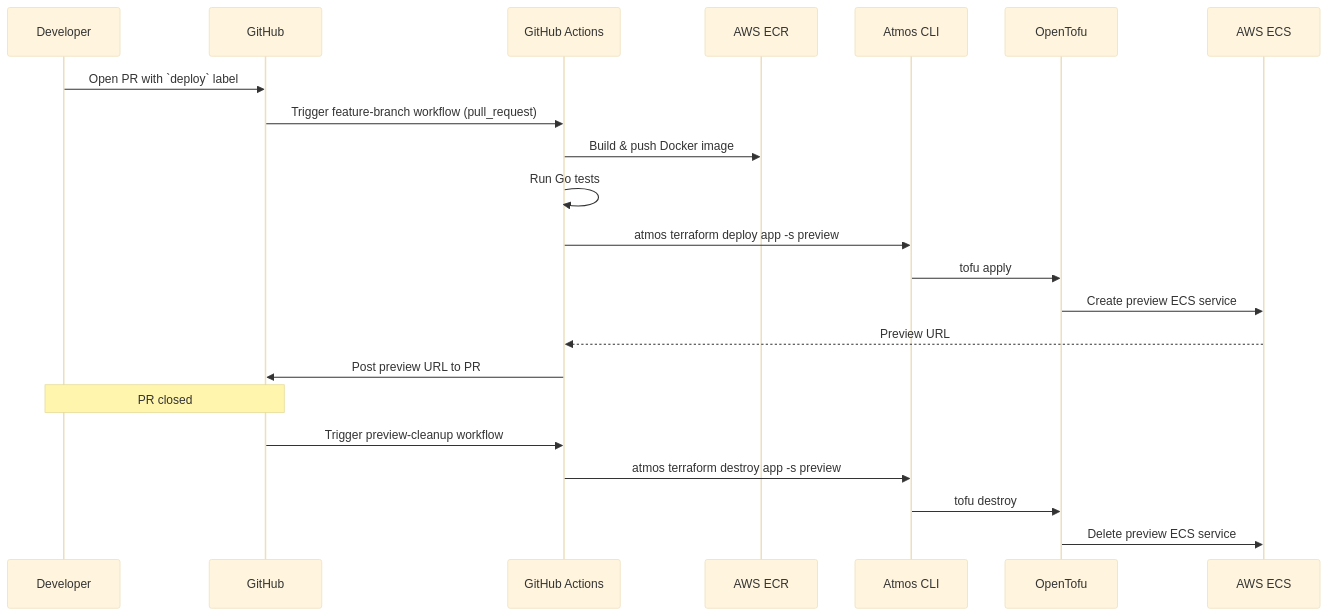
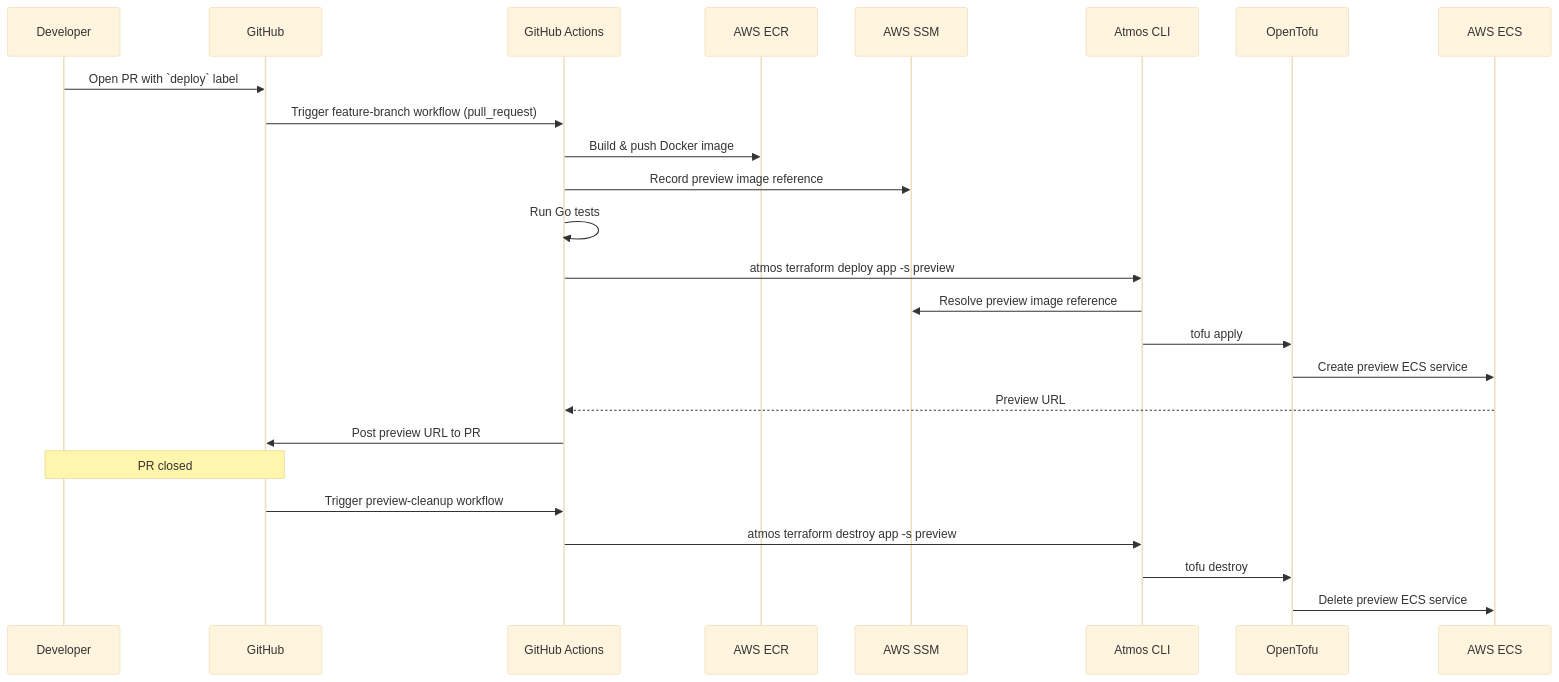
One commit to cloudposse-examples/app-on-ecs-v2 changed the second of 5 diagrams in .github/workflows/README.md. Above: the diagram before and after it, drawn with Mermaid (base theme). The commit also changed other lines of this file and 13 other files, not shown here.

````diff
--- a/.github/workflows/README.md
+++ b/.github/workflows/README.md
@@ -78,25 +89,28 @@
 ```mermaid
 sequenceDiagram
     participant Dev as Developer
     participant GH as GitHub
     participant GA as GitHub Actions
     participant ECR as AWS ECR
+    participant SSM as AWS SSM
     participant Atmos as Atmos CLI
     participant TF as OpenTofu
     participant ECS as AWS ECS
 
     Dev->>GH: Open PR with `deploy` label
     GH->>GA: Trigger feature-branch workflow (pull_request)
     GA->>ECR: Build & push Docker image
+    GA->>SSM: Record preview image reference
     GA->>GA: Run Go tests
     GA->>Atmos: atmos terraform deploy app -s preview
+    Atmos->>SSM: Resolve preview image reference
     Atmos->>TF: tofu apply
     TF->>ECS: Create preview ECS service
     ECS-->>GA: Preview URL
     GA->>GH: Post preview URL to PR
     Note over Dev,GH: PR closed
     GH->>GA: Trigger preview-cleanup workflow
     GA->>Atmos: atmos terraform destroy app -s preview
     Atmos->>TF: tofu destroy
     TF->>ECS: Delete preview ECS service
 ```
````
